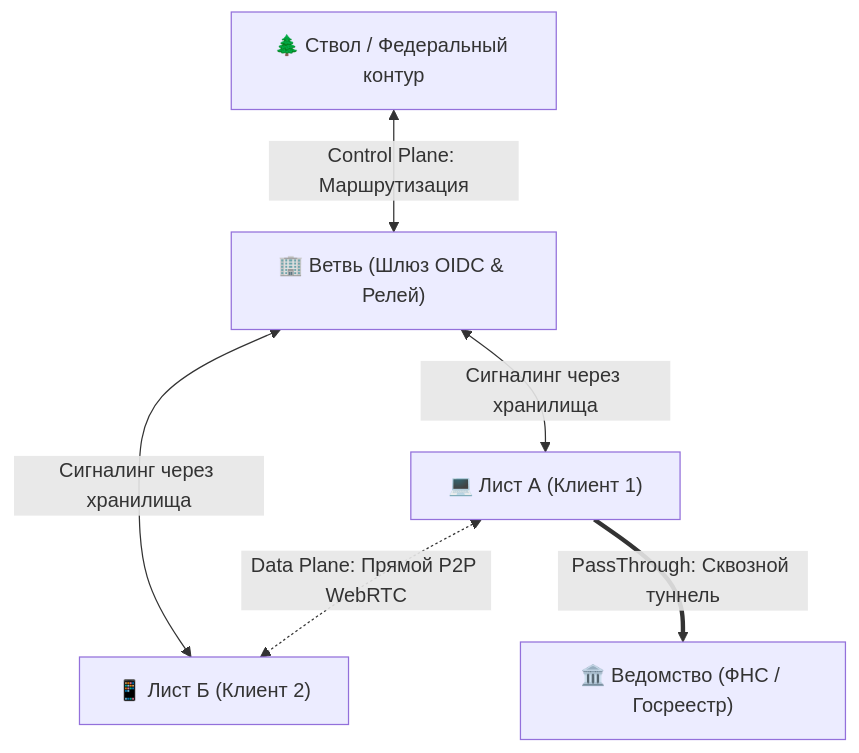
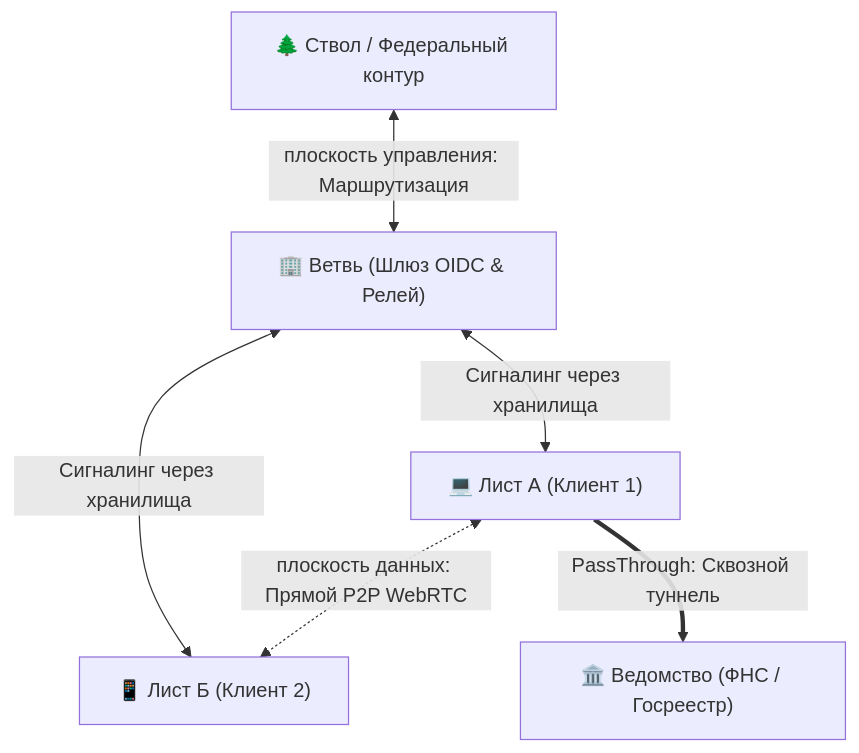
The first of 12 diagrams in architecture_presentations/05_routing_p2p_and_passthrough/docs/presentation_deck.md (Data-Independence-Network/presentations), drawn with Mermaid before and after one commit. The commit also changed other lines of this file and 88 other files, not shown here.

```diff
--- a/architecture_presentations/05_routing_p2p_and_passthrough/docs/presentation_deck.md
+++ b/architecture_presentations/05_routing_p2p_and_passthrough/docs/presentation_deck.md
@@ -25,14 +25,14 @@
         <div class="mermaid">
 graph TD
     Trunk["🌲 Ствол / Федеральный контур"]
     Branch["🏢 Ветвь (Шлюз OIDC & Релей)"]
     LeafA["💻 Лист А (Клиент 1)"]
     LeafB["📱 Лист Б (Клиент 2)"]
     Gov["🏛️ Ведомство (ФНС / Госреестр)"]
 
-    Trunk <-->|Control Plane: Маршрутизация| Branch
+    Trunk <-->|плоскость управления: Маршрутизация| Branch
     Branch <-->|Сигналинг через хранилища| LeafA
     Branch <-->|Сигналинг через хранилища| LeafB
-    LeafA <.->|Data Plane: Прямой P2P WebRTC| LeafB
+    LeafA <.->|плоскость данных: Прямой P2P WebRTC| LeafB
     LeafA ==>|PassThrough: Сквозной туннель| Gov
         </div>
```
